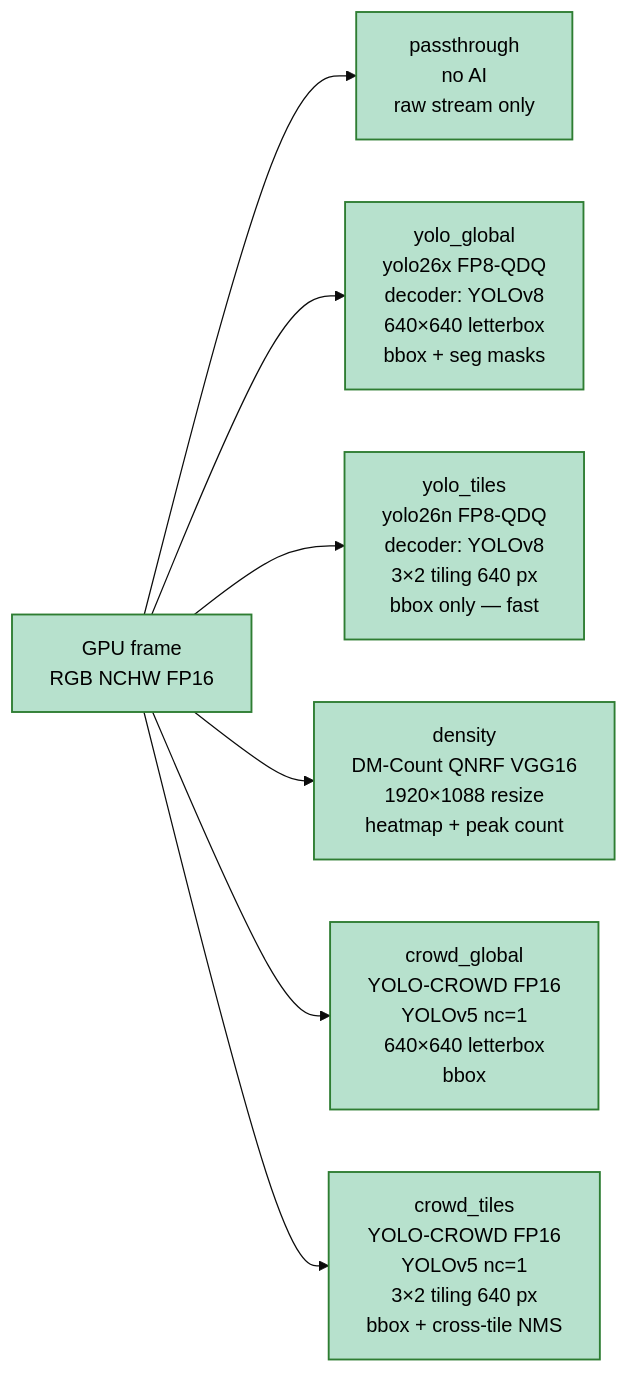
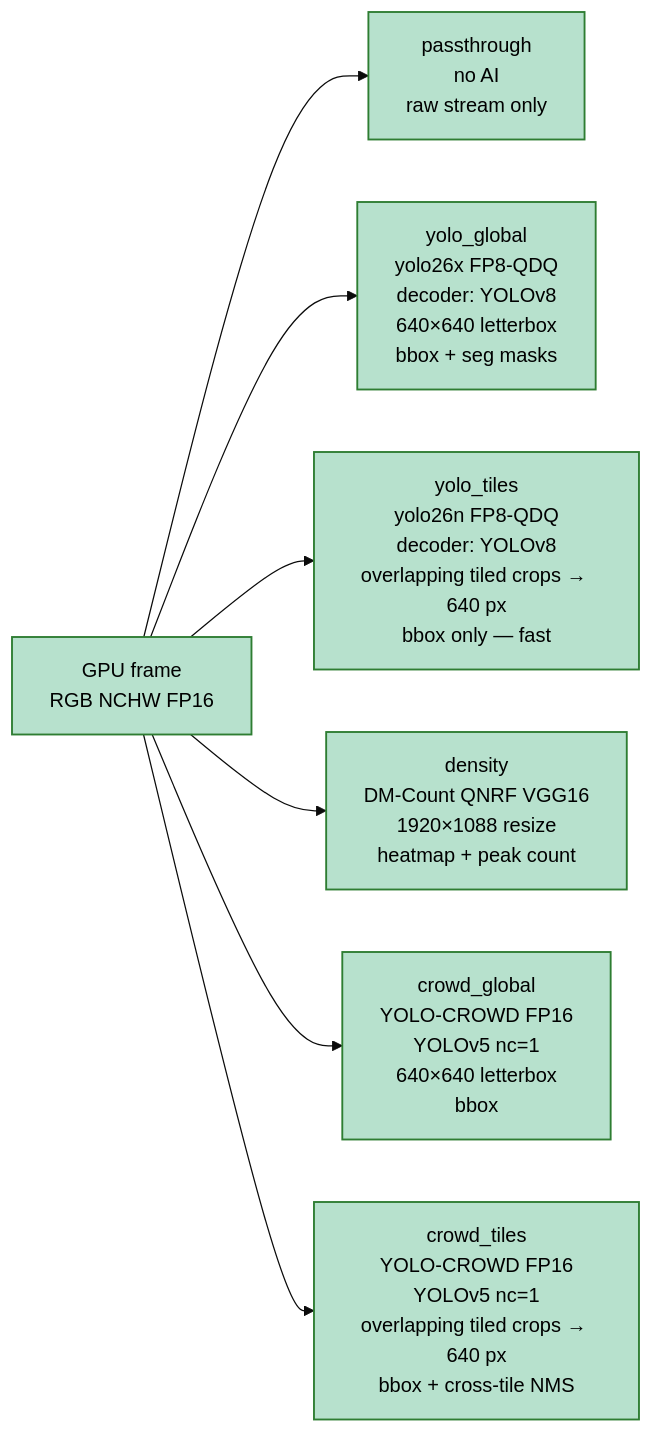
The third of 5 diagrams in app_v2/docs/README_ARCHI.md (Nutz95/PeopleCounter), drawn with Mermaid (base theme) before and after one commit. The commit also changed other lines of this file and 7 other files, not shown here.

````diff
--- a/app_v2/docs/README_ARCHI.md
+++ b/app_v2/docs/README_ARCHI.md
@@ -103,13 +103,13 @@
 ```mermaid
 flowchart LR
     frame["GPU frame<br/>RGB NCHW FP16"]:::gpu
 
     frame --> pa["passthrough<br/>no AI<br/>raw stream only"]:::gpu
     frame --> yg["yolo_global<br/>yolo26x FP8-QDQ<br/>decoder: YOLOv8<br/>640×640 letterbox<br/>bbox + seg masks"]:::gpu
-    frame --> yt["yolo_tiles<br/>yolo26n FP8-QDQ<br/>decoder: YOLOv8<br/>3×2 tiling 640 px<br/>bbox only — fast"]:::gpu
+    frame --> yt["yolo_tiles<br/>yolo26n FP8-QDQ<br/>decoder: YOLOv8<br/>overlapping tiled crops → 640 px<br/>bbox only — fast"]:::gpu
     frame --> d["density<br/>DM-Count QNRF VGG16<br/>1920×1088 resize<br/>heatmap + peak count"]:::gpu
     frame --> cg["crowd_global<br/>YOLO-CROWD FP16<br/>YOLOv5 nc=1<br/>640×640 letterbox<br/>bbox"]:::gpu
-    frame --> ct["crowd_tiles<br/>YOLO-CROWD FP16<br/>YOLOv5 nc=1<br/>3×2 tiling 640 px<br/>bbox + cross-tile NMS"]:::gpu
+    frame --> ct["crowd_tiles<br/>YOLO-CROWD FP16<br/>YOLOv5 nc=1<br/>overlapping tiled crops → 640 px<br/>bbox + cross-tile NMS"]:::gpu
 
     classDef gpu fill:#b7e1cd,color:#000,stroke:#2e7d32,stroke-width:1.5px;
 ```
````
